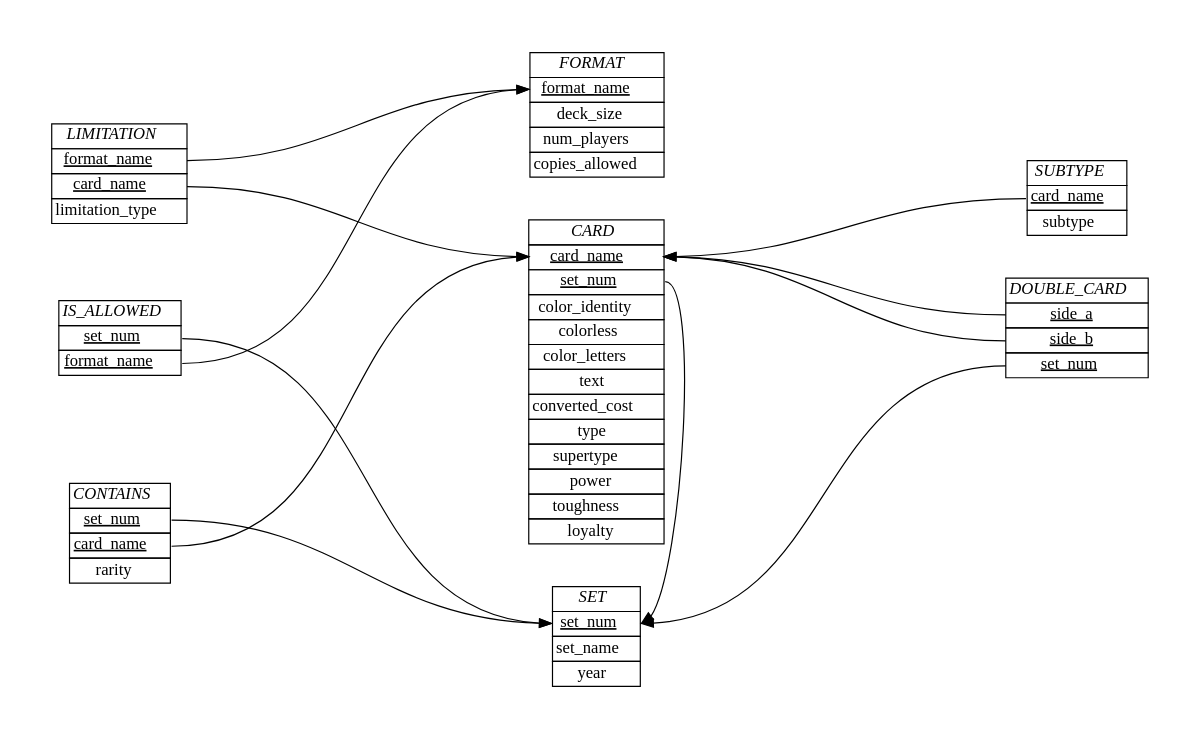
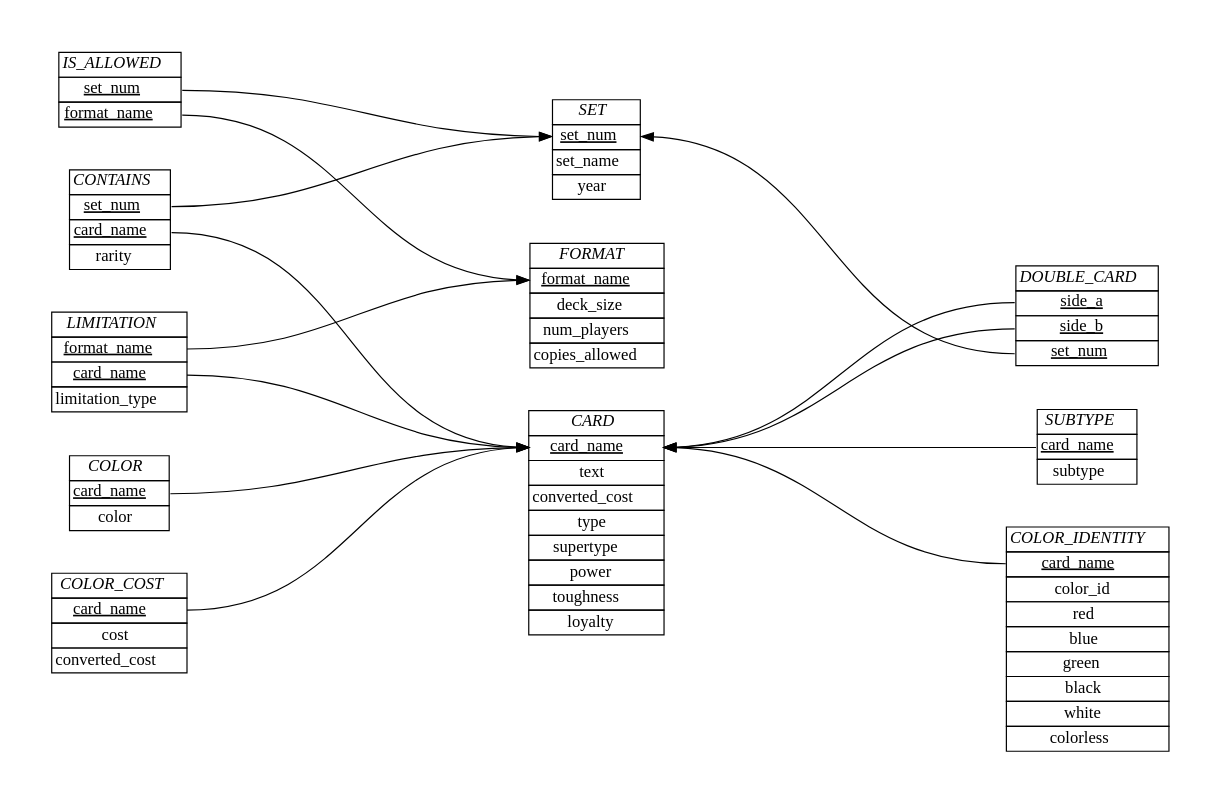
One commit to akilmarshall/trumark changed the diagram in schema/ER_diagram.dot. Above: the diagram before and after it, drawn with Graphviz. The commit also changed 5 other files, not shown here.

Commit message:
updated schema and documentation to reflect our previous discussion about colors

```diff
--- a/schema/ER_diagram.dot
+++ b/schema/ER_diagram.dot
@@ -1,106 +1,124 @@
 digraph {
     graph [splines=true, pad="0.5", nodesep="0.5", ranksep="4"];
     node [shape=plain];
     rankdir=LR; 
 
     Format [label=<
         <table border="0" cellborder="1" cellspacing="0">
         <tr><td><i>FORMAT</i></td></tr>
         <tr><td port="1"><u>format_name</u></td></tr>
         <tr><td port="2">deck_size</td></tr>
         <tr><td port="3">num_players</td></tr>
         <tr><td port="4">copies_allowed</td></tr>
         </table>>];
 
     Set [label=<
         <table border="0" cellborder="1" cellspacing="0">
         <tr><td><i>SET</i></td></tr>
         <tr><td port="1"><u><font color="black">set_num</font></u></td></tr>
         <tr><td port="1"><font color="black">set_name</font></td></tr>
         <tr><td port="2">year</td></tr>
         </table>>];
 
     Card [label=<
         <table border="0" cellborder="1" cellspacing="0">
         <tr><td><i>CARD</i></td></tr>
         <tr><td port="1"><u><font color="black">card_name</font></u></td></tr>
-        <tr><td port="2">color_identity</td></tr>
-        <tr><td port="3">colorless</td></tr>
-        <tr><td port="4">color_letters</td></tr>
-        <tr><td port="5">text</td></tr>
-        <tr><td port="6">converted_cost</td></tr>
-        </table>>];
-
-    Card [label=<
-        <table border="0" cellborder="1" cellspacing="0">
-        <tr><td><i>CARD</i></td></tr>
-        <tr><td port="1"><u><font color="black">card_name</font></u></td></tr>
-        <tr><td port="2"><u><font color="black">set_num</font></u></td></tr>
-        <tr><td port="3">color_identity</td></tr>
-        <tr><td port="4">colorless</td></tr>
-        <tr><td port="5">color_letters</td></tr>
-        <tr><td port="6">text</td></tr>
-        <tr><td port="7">converted_cost</td></tr>
-        <tr><td port="8">type</td></tr>
-        <tr><td port="9">supertype</td></tr>
-        <tr><td port="10">power</td></tr>
-        <tr><td port="11">toughness</td></tr>
-        <tr><td port="12">loyalty</td></tr>
+        <tr><td port="2">text</td></tr>
+        <tr><td port="3">converted_cost</td></tr>
+        <tr><td port="4">type</td></tr>
+        <tr><td port="5">supertype</td></tr>
+        <tr><td port="6">power</td></tr>
+        <tr><td port="7">toughness</td></tr>
+        <tr><td port="8">loyalty</td></tr>
         </table>>];
 
     Contains [label=<
         <table border="0" cellborder="1" cellspacing="0">
         <tr><td><i>CONTAINS</i></td></tr>
         <tr><td port="1"><u>set_num</u></td></tr>
         <tr><td port="2"><u>card_name</u></td></tr>
         <tr><td port="3">rarity</td></tr>
         </table>>];
 
     Is_allowed [label=<
         <table border="0" cellborder="1" cellspacing="0">
         <tr><td><i>IS_ALLOWED</i></td></tr>
         <tr><td port="1"><u>set_num</u></td></tr>
         <tr><td port="2"><u>format_name</u></td></tr>
         </table>>];
 
     Double_card [label=<
         <table border="0" cellborder="1" cellspacing="0">
         <tr><td><i>DOUBLE_CARD</i></td></tr>
         <tr><td port="1"><u>side_a</u></td></tr>
         <tr><td port="2"><u>side_b</u></td></tr>
         <tr><td port="3"><u>set_num</u></td></tr>
         </table>>];
 
     Limitation [label=< <table border="0" cellborder="1" cellspacing="0">
     <tr><td><i>LIMITATION</i></td></tr>
     <tr><td port="1"><u>format_name</u></td></tr>
     <tr><td port="2"><u>card_name</u></td></tr>
     <tr><td port="3">limitation_type</td></tr>
     </table>>];
 
     Subtype [label=<
         <table border="0" cellborder="1" cellspacing="0">
         <tr><td><i>SUBTYPE</i></td></tr>
         <tr><td port="1"><u>card_name</u></td></tr>
         <tr><td port="2">subtype</td></tr>
         </table>>];
 
+    Color_identity [label=<
+        <table border="0" cellborder="1" cellspacing="0">
+        <tr><td><i>COLOR_IDENTITY</i></td></tr>
+        <tr><td port="1"><u>card_name</u></td></tr>
+        <tr><td port="2">color_id</td></tr>
+        <tr><td port="3">red</td></tr>
+        <tr><td port="4">blue</td></tr>
+        <tr><td port="5">green</td></tr>
+        <tr><td port="6">black</td></tr>
+        <tr><td port="7">white</td></tr>
+        <tr><td port="8">colorless</td></tr>
+        </table>>];
+
+    Color_cost [label=<
+        <table border="0" cellborder="1" cellspacing="0">
+        <tr><td><i>COLOR_COST</i></td></tr>
+        <tr><td port="1"><u>card_name</u></td></tr>
+        <tr><td port="2">cost</td></tr>
+        <tr><td port="9">converted_cost</td></tr>
+        </table>>];
+
+    Color [label=<
+        <table border="0" cellborder="1" cellspacing="0">
+        <tr><td><i>COLOR</i></td></tr>
+        <tr><td port="1"><u>card_name</u></td></tr>
+        <tr><td port="2">color</td></tr>
+        </table>>];
+
     Is_allowed:1 -> Set:1 [color=black];
     Is_allowed:2 -> Format:1;
 
     Contains:1 -> Set:1 [color=black];
     Contains:2 -> Card:1;
 
     Limitation:1 -> Format:1;
     Limitation:2 -> Card:1;
 
-    Card:2 -> Set:1 [constraint=false];
+    Color:1 -> Card:1;
+
+    Color_cost:1 -> Card:1;
 
     edge [dir="back"];
-
-    Card:1 -> Subtype:1 ;
 
     Card:1 -> Double_card:1;
     Card:1 -> Double_card:2;
     Set:1 -> Double_card:3;
+
+
+    Card:1 -> Subtype:1 ;
+
+    Card:1 -> Color_identity:1;
 }
```
